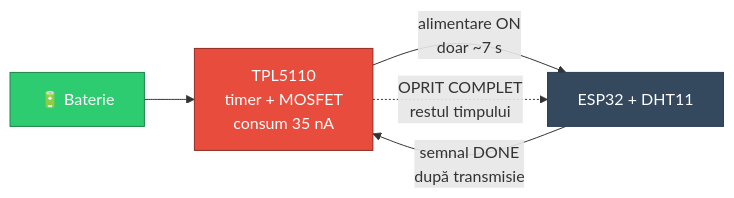
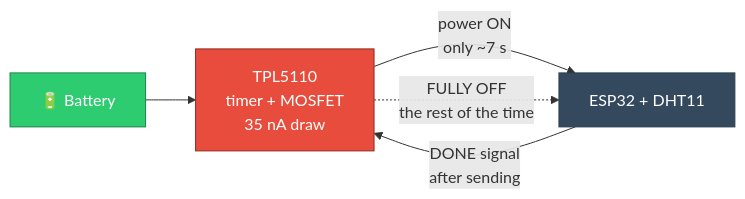
The third of 3 diagrams in README.md (StefanHoria/KenoTemp-IoT-Weather-Station), drawn with Mermaid before and after one commit. The commit also changed other lines of this file and 1 other file, not shown here.

````diff
--- a/README.md
+++ b/README.md
@@ -395,11 +397,11 @@
 ```mermaid
 graph LR
-    BAT["🔋 Baterie"] --> TPL["TPL5110<br/>timer + MOSFET<br/>consum 35 nA"]
-    TPL -->|"alimentare ON<br/>doar ~7 s"| ESP["ESP32 + DHT11"]
-    ESP -->|"semnal DONE<br/>după transmisie"| TPL
-    TPL -.->|"OPRIT COMPLET<br/>restul timpului"| ESP
+    BAT["🔋 Battery"] --> TPL["TPL5110<br/>timer + MOSFET<br/>35 nA draw"]
+    TPL -->|"power ON<br/>only ~7 s"| ESP["ESP32 + DHT11"]
+    ESP -->|"DONE signal<br/>after sending"| TPL
+    TPL -.->|"FULLY OFF<br/>the rest of the time"| ESP
 
     style TPL fill:#E74C3C,stroke:#922b21,color:#fff
     style BAT fill:#2ECC71,stroke:#1e8449,color:#fff
     style ESP fill:#34495E,stroke:#2c3e50,color:#fff
 ```
````
